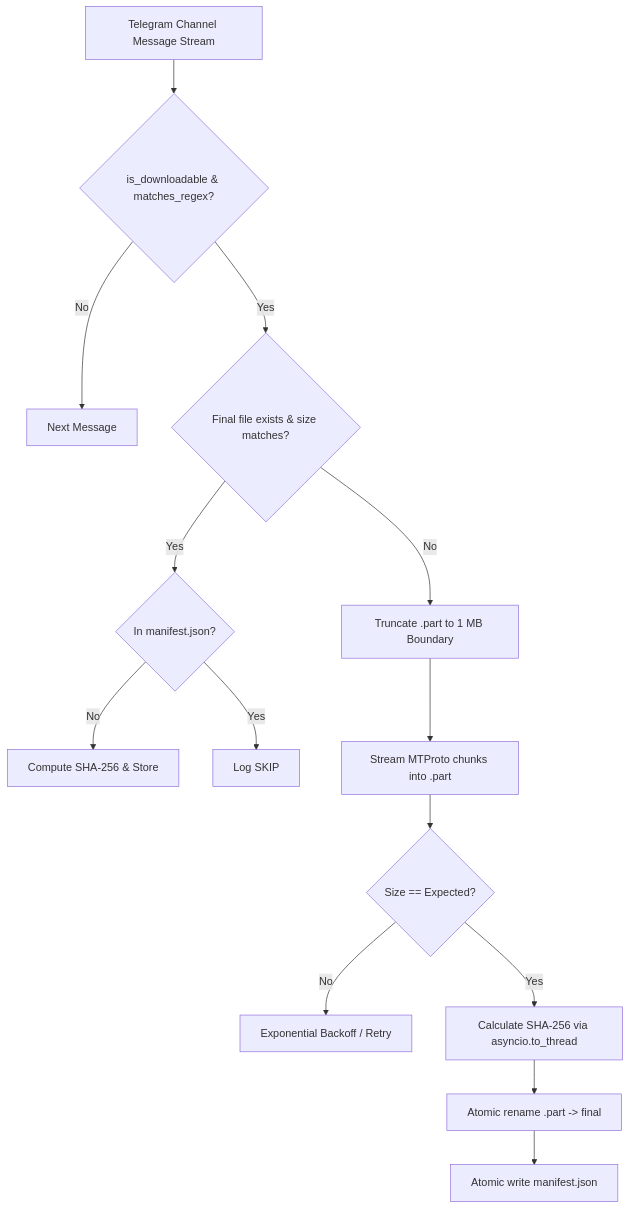
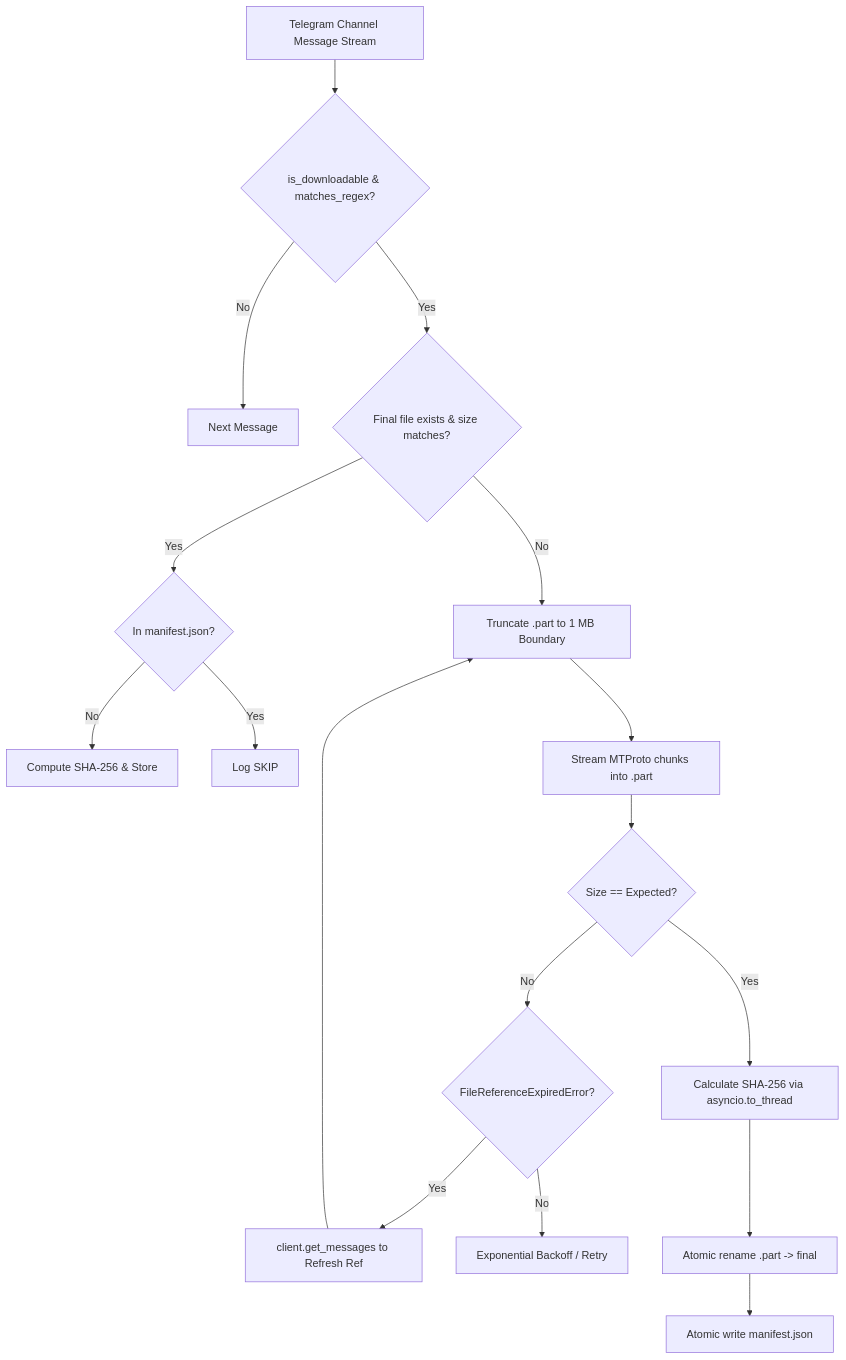
One commit to oshanavishkapiries/evolix-2.0 changed the first of 2 diagrams in tools/docs/architecture.md. Above: the diagram before and after it, drawn with Mermaid. The commit also changed other lines of this file and 9 other files, not shown here.

````diff
--- a/tools/docs/architecture.md
+++ b/tools/docs/architecture.md
@@ -9,16 +9,19 @@
 ```mermaid
 flowchart TD
     Scan[Telegram Channel Message Stream] --> Filter{is_downloadable & matches_regex?}
     Filter -- No --> NextMsg[Next Message]
     Filter -- Yes --> CheckDone{Final file exists & size matches?}
     CheckDone -- Yes --> ManifestCheck{In manifest.json?}
     ManifestCheck -- No --> ComputeSHA[Compute SHA-256 & Store]
     ManifestCheck -- Yes --> Skip[Log SKIP]
     CheckDone -- No --> AlignChunk[Truncate .part to 1 MB Boundary]
     AlignChunk --> Stream[Stream MTProto chunks into .part]
     Stream --> ValidateSize{Size == Expected?}
-    ValidateSize -- No --> Retry[Exponential Backoff / Retry]
+    ValidateSize -- No --> CheckExpired{FileReferenceExpiredError?}
+    CheckExpired -- Yes --> RefreshRef[client.get_messages to Refresh Ref]
+    RefreshRef --> AlignChunk
+    CheckExpired -- No --> Retry[Exponential Backoff / Retry]
     ValidateSize -- Yes --> HashPart[Calculate SHA-256 via asyncio.to_thread]
     HashPart --> AtomicMove[Atomic rename .part -> final]
     AtomicMove --> AtomicManifest[Atomic write manifest.json]
 ```
````
